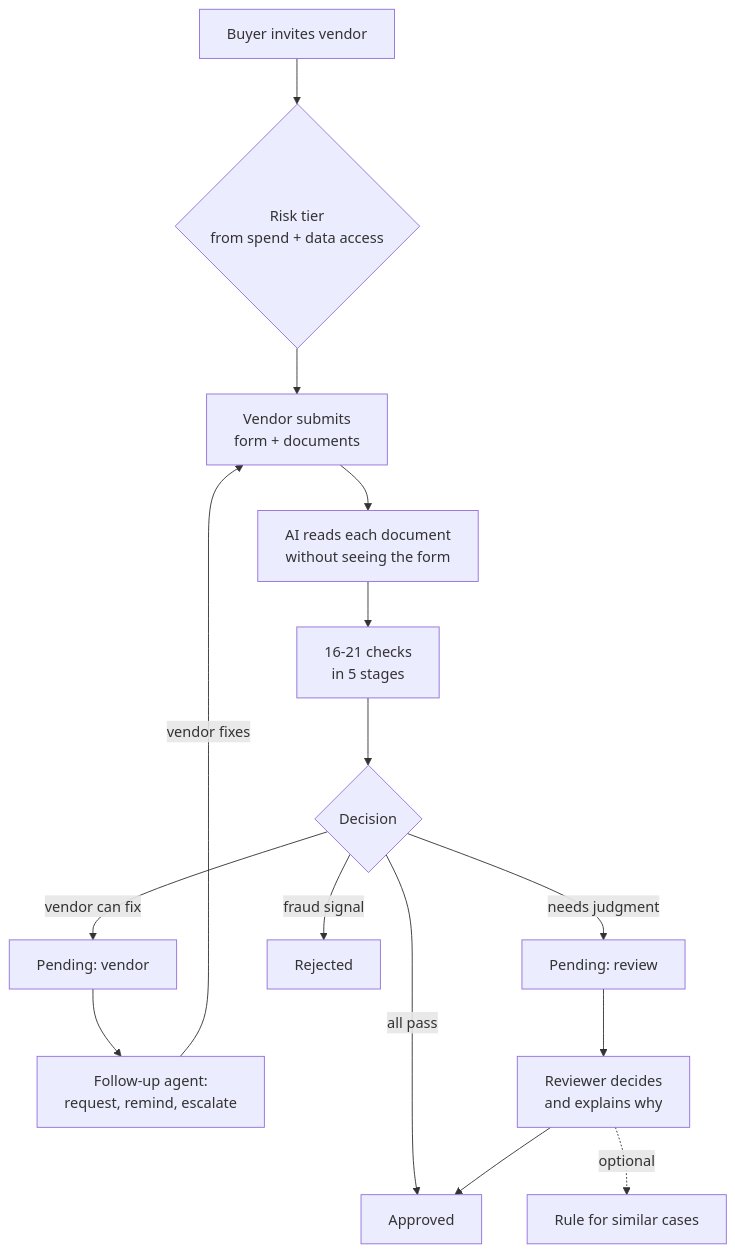
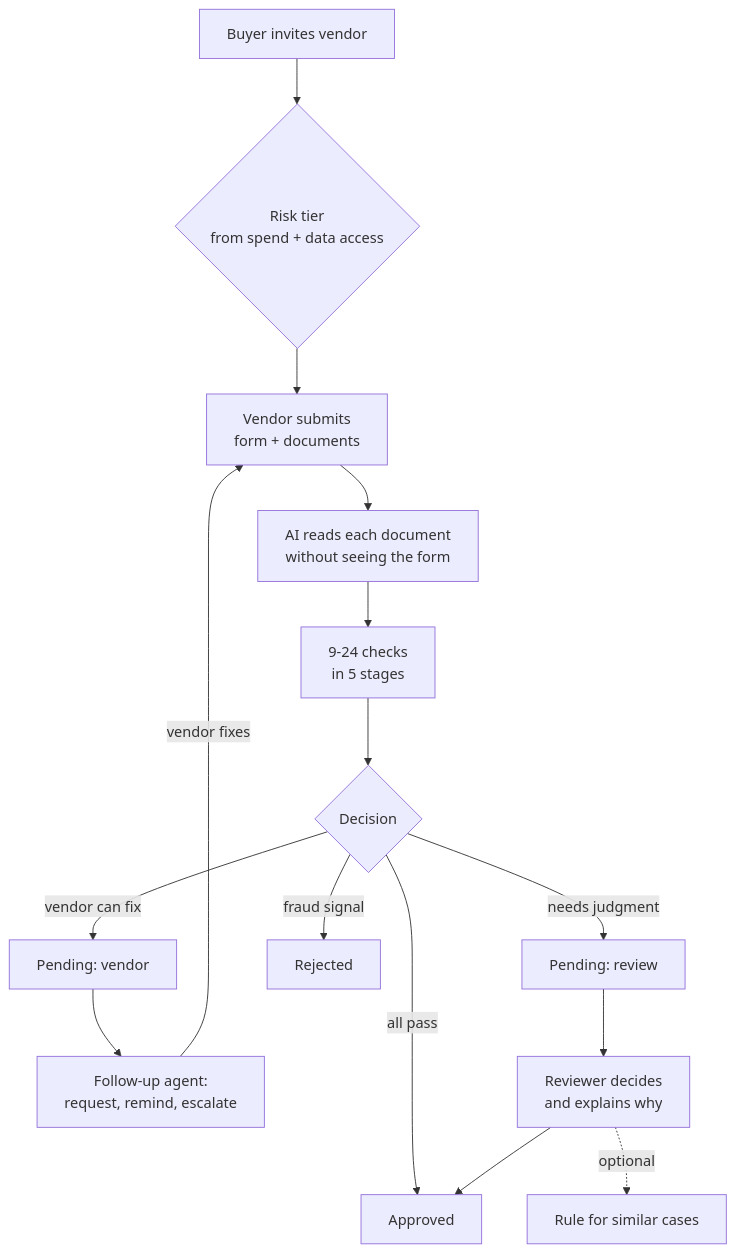
Before and after one commit to codingcat101/vendor-onboarding: the third of 9 diagrams in README.md, drawn with Mermaid. The commit also changed other lines of this file and 1 other file, not shown here.

````diff
--- a/README.md
+++ b/README.md
@@ -98,17 +112,17 @@
 ```mermaid
 flowchart TD
     I[Buyer invites vendor] --> T{Risk tier<br/>from spend + data access}
     T --> S[Vendor submits<br/>form + documents]
     S --> R[AI reads each document<br/>without seeing the form]
-    R --> C[16-21 checks<br/>in 5 stages]
+    R --> C[9-24 checks<br/>in 5 stages]
     C --> D{Decision}
     D -->|all pass| A[Approved]
     D -->|vendor can fix| PV[Pending: vendor]
     D -->|needs judgment| PR[Pending: review]
     D -->|fraud signal| X[Rejected]
     PV --> F[Follow-up agent:<br/>request, remind, escalate]
     F -->|vendor fixes| S
     PR --> H[Reviewer decides<br/>and explains why]
     H --> A
     H -.->|optional| L[Rule for similar cases]
 ```
````
